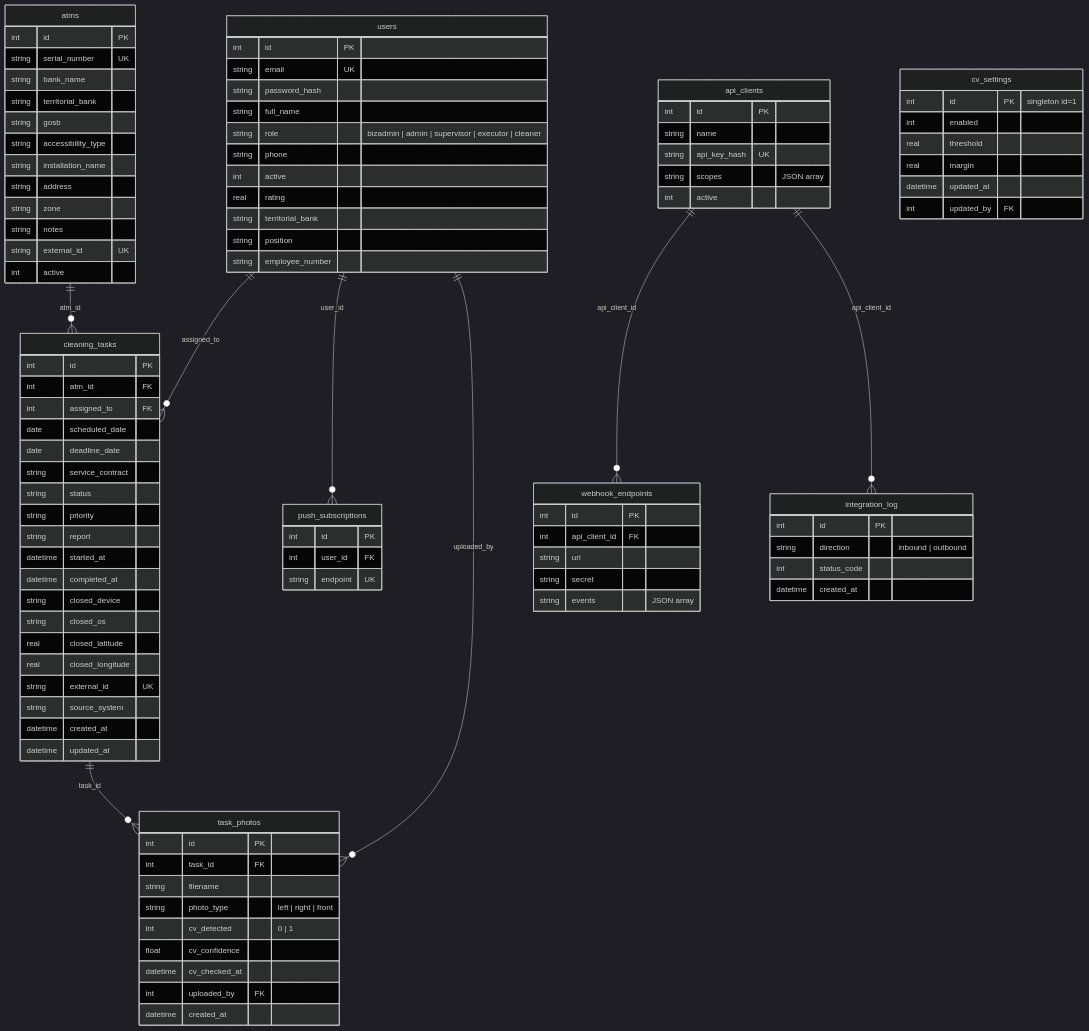
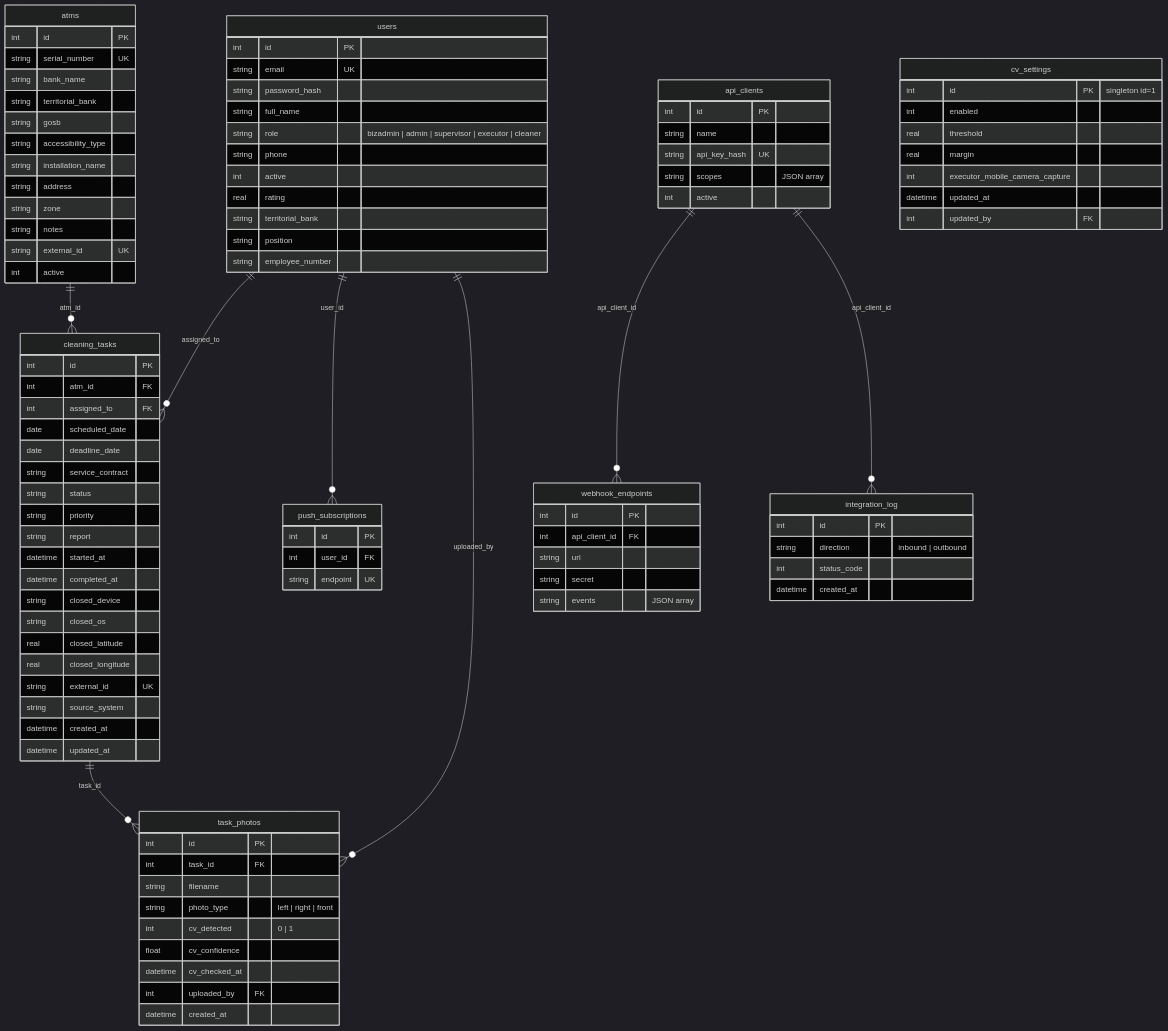
The second of 12 diagrams in ARCHITECTURE.md (DjSurfTSI/control-app), drawn with Mermaid (dark theme) before and after one commit. The commit also changed other lines of this file and 12 other files, not shown here.

```diff
--- a/ARCHITECTURE.md
+++ b/ARCHITECTURE.md
@@ -257,6 +257,7 @@
         int enabled
         real threshold
         real margin
+        int executor_mobile_camera_capture
         datetime updated_at
         int updated_by FK
     }
```
